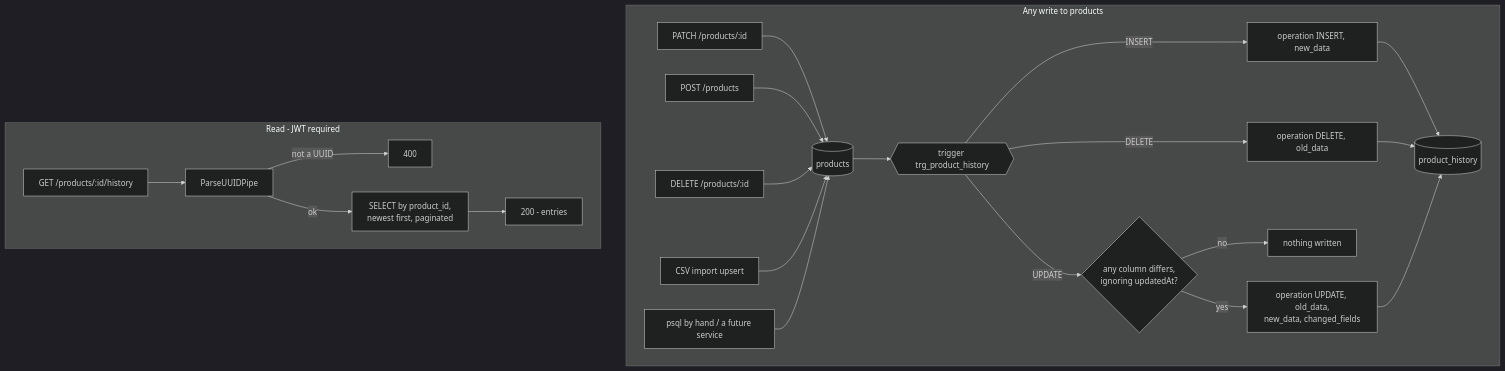
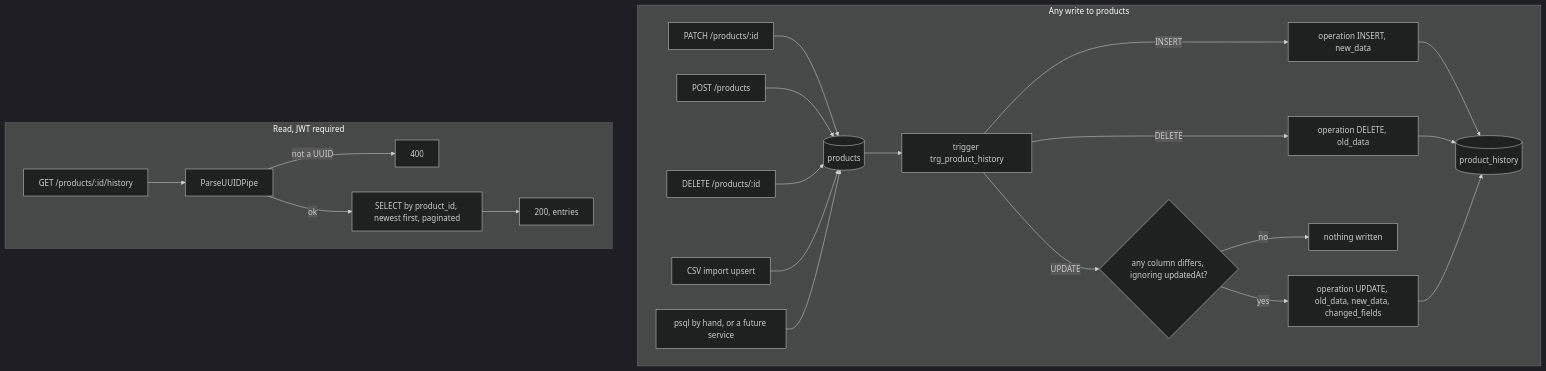
Before and after one commit to alejandrogalaz21/e-comerce: the diagram in docs/processes/P-11-product-history.md, drawn with Mermaid (dark theme). The commit also changed 1 other file, not shown here.

Commit message:
docs(processes): make the P-02 and P-11 diagrams render on stricter viewers
Both parse on mermaid 9, 10 and 11, but a viewer reported "No diagram type
detected" on the flow. The unquoted constructs are the portable difference:
labels carrying a colon or slash, edge labels with spaces, <br/> inside a
node, and the {{hexagon}} shape.

Every label is now quoted, the line breaks are gone and the hexagon is an
ordinary node. No content changed.

````diff
--- a/docs/processes/P-11-product-history.md
+++ b/docs/processes/P-11-product-history.md
@@ -21,26 +21,26 @@
 ```mermaid
 graph TD
     subgraph Write["Any write to products"]
-        W1[PATCH /products/:id] --> DB[(products)]
-        W2[POST /products] --> DB
-        W3[DELETE /products/:id] --> DB
-        W4[CSV import upsert] --> DB
-        W5[psql by hand / a future service] --> DB
-        DB --> TR{{trigger trg_product_history}}
-        TR -- INSERT --> H1[operation INSERT, new_data]
-        TR -- DELETE --> H2[operation DELETE, old_data]
-        TR -- UPDATE --> C{any column differs,<br/>ignoring updatedAt?}
-        C -- no --> STOP[nothing written]
-        C -- yes --> H3[operation UPDATE, old_data,<br/>new_data, changed_fields]
-        H1 --> HT[(product_history)]
+        W1["PATCH /products/:id"] --> DB[("products")]
+        W2["POST /products"] --> DB
+        W3["DELETE /products/:id"] --> DB
+        W4["CSV import upsert"] --> DB
+        W5["psql by hand, or a future service"] --> DB
+        DB --> TR["trigger trg_product_history"]
+        TR -- INSERT --> H1["operation INSERT, new_data"]
+        TR -- DELETE --> H2["operation DELETE, old_data"]
+        TR -- UPDATE --> C{"any column differs, ignoring updatedAt?"}
+        C -- no --> STOP["nothing written"]
+        C -- yes --> H3["operation UPDATE, old_data, new_data, changed_fields"]
+        H1 --> HT[("product_history")]
         H2 --> HT
         H3 --> HT
     end
 
-    subgraph Read["Read - JWT required"]
-        R1[GET /products/:id/history] --> R2[ParseUUIDPipe]
-        R2 -- not a UUID --> E400[400]
-        R2 -- ok --> R3[SELECT by product_id,<br/>newest first, paginated]
-        R3 --> OK[200 - entries]
+    subgraph Read["Read, JWT required"]
+        R1["GET /products/:id/history"] --> R2["ParseUUIDPipe"]
+        R2 -- "not a UUID" --> E400["400"]
+        R2 -- ok --> R3["SELECT by product_id, newest first, paginated"]
+        R3 --> OK["200, entries"]
     end
 ```
````
